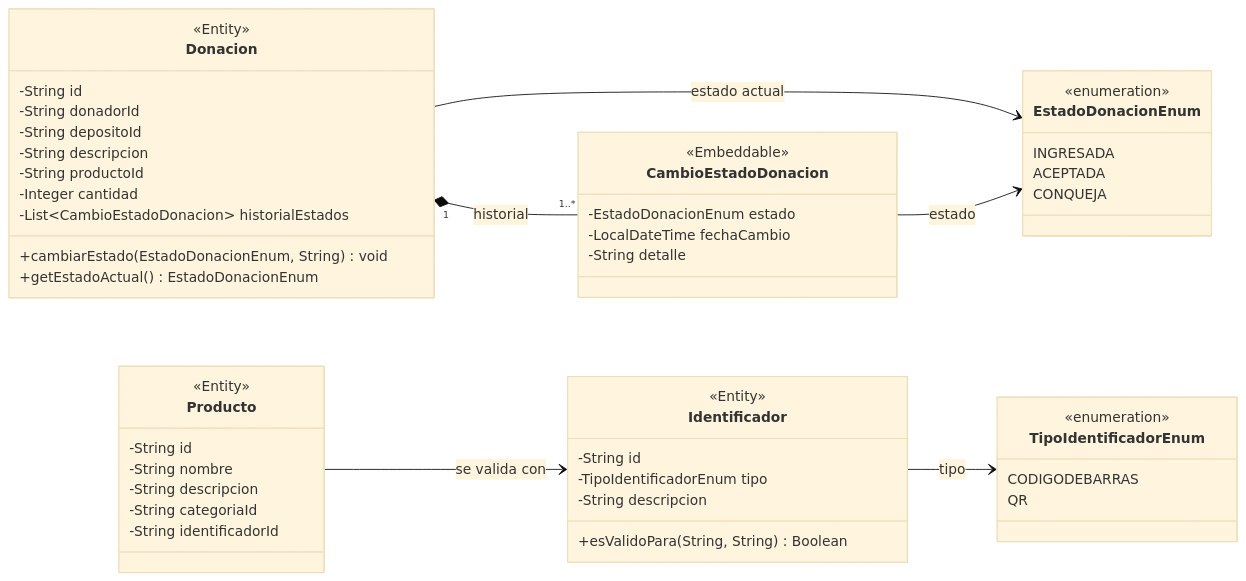
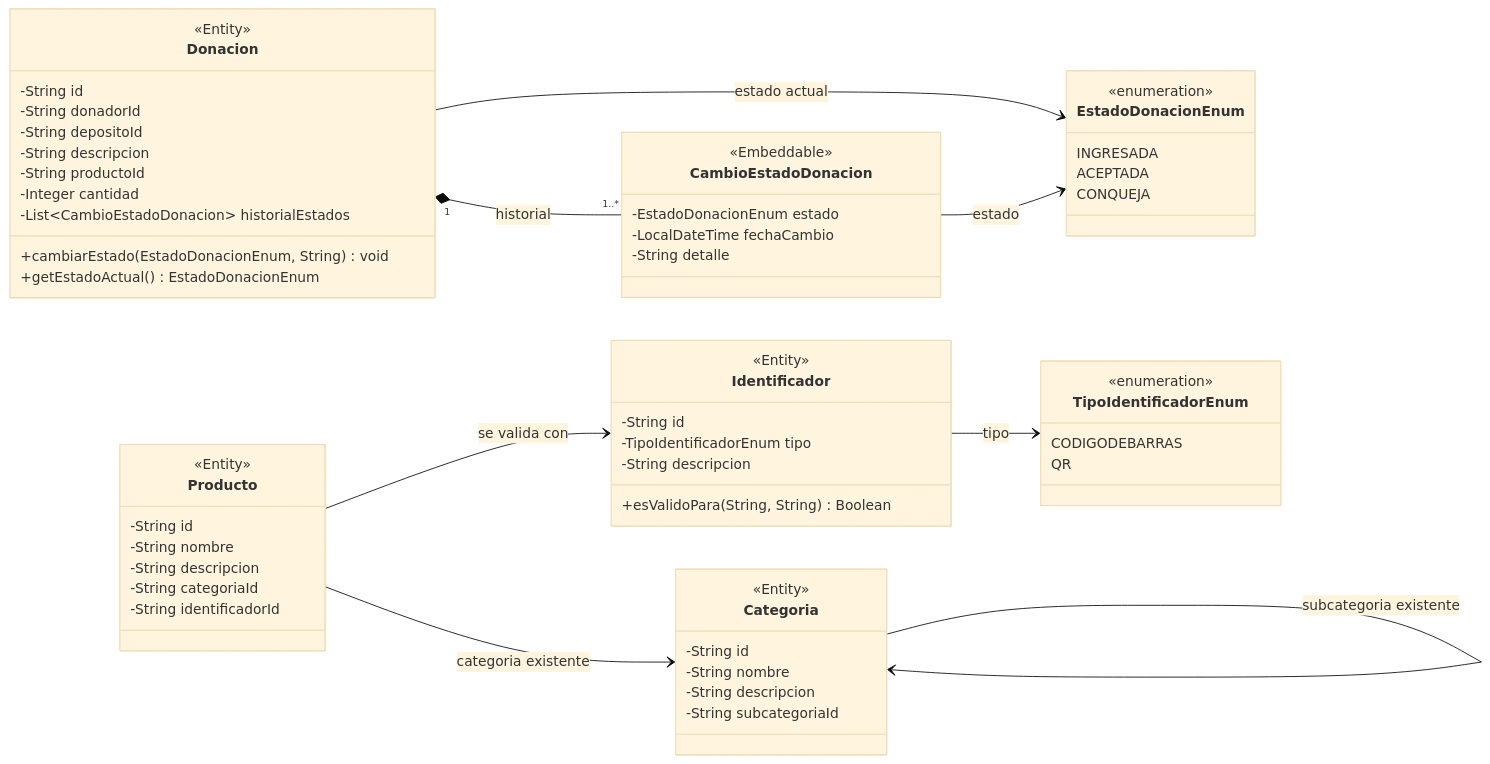
Before and after one commit to 2026-ddsi-tpa-diseno-en-beta/donaciones: the diagram in docs/clases.md, drawn with Mermaid (base theme). The commit also changed other lines of this file and 16 other files, not shown here.

````diff
--- a/docs/clases.md
+++ b/docs/clases.md
@@ -7,60 +7,70 @@
 ```mermaid
 classDiagram
 direction LR
 
 class Donacion {
   <<Entity>>
   -String id
   -String donadorId
   -String depositoId
   -String descripcion
   -String productoId
   -Integer cantidad
   -List~CambioEstadoDonacion~ historialEstados
   +cambiarEstado(EstadoDonacionEnum, String) void
   +getEstadoActual() EstadoDonacionEnum
 }
 
 class CambioEstadoDonacion {
   <<Embeddable>>
   -EstadoDonacionEnum estado
   -LocalDateTime fechaCambio
   -String detalle
 }
 
 class Producto {
   <<Entity>>
   -String id
   -String nombre
   -String descripcion
   -String categoriaId
   -String identificadorId
 }
 
+class Categoria {
+  <<Entity>>
+  -String id
+  -String nombre
+  -String descripcion
+  -String subcategoriaId
+}
+
 class Identificador {
   <<Entity>>
   -String id
   -TipoIdentificadorEnum tipo
   -String descripcion
   +esValidoPara(String, String) Boolean
 }
 
 class EstadoDonacionEnum {
   <<enumeration>>
   INGRESADA
   ACEPTADA
   CONQUEJA
 }
 
 class TipoIdentificadorEnum {
   <<enumeration>>
   CODIGODEBARRAS
   QR
 }
 
 Donacion "1" *-- "1..*" CambioEstadoDonacion : historial
 Donacion --> EstadoDonacionEnum : estado actual
 CambioEstadoDonacion --> EstadoDonacionEnum : estado
+Producto --> Categoria : categoria existente
 Producto --> Identificador : se valida con
+Categoria --> Categoria : subcategoria existente
 Identificador --> TipoIdentificadorEnum : tipo
 ```
````
